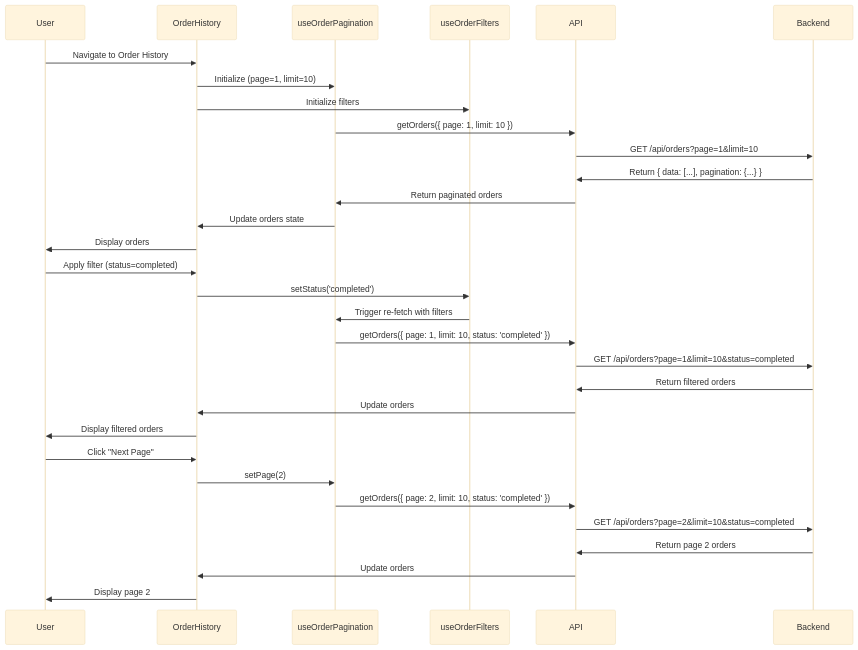
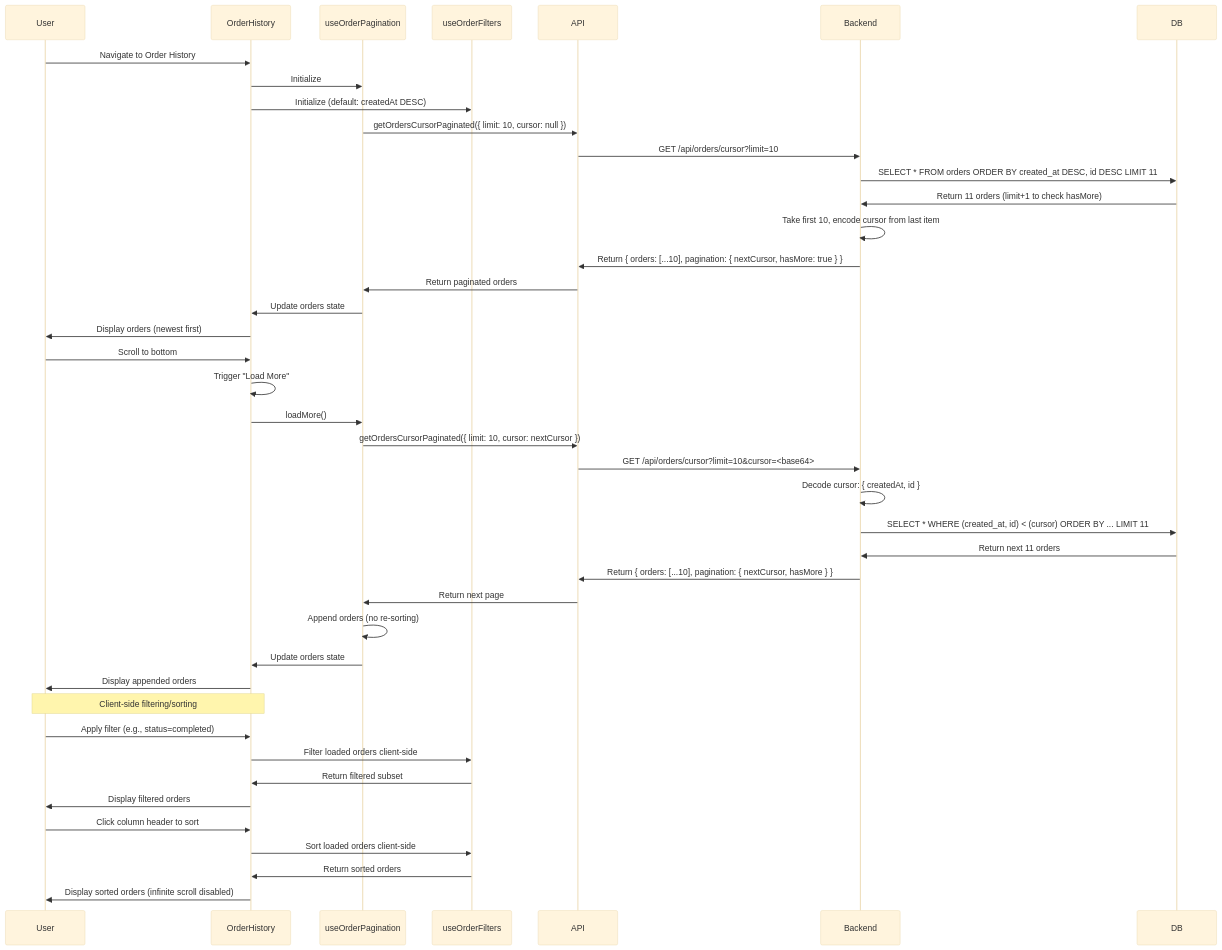
Before and after one commit to konarsubhojit/myapp: the fourth of 9 diagrams in docs/frontend.md, drawn with Mermaid (base theme). The commit also changed other lines of this file and 1 other file, not shown here.

First line of the commit message:
Update backend and frontend docs with cursor pagination details

````diff
--- a/docs/frontend.md
+++ b/docs/frontend.md
@@ -587,37 +633,49 @@
 ```mermaid
 sequenceDiagram
     participant User
     participant OrderHistory
     participant useOrderPagination
     participant useOrderFilters
     participant API
     participant Backend
+    participant DB
 
     User->>OrderHistory: Navigate to Order History
-    OrderHistory->>useOrderPagination: Initialize (page=1, limit=10)
-    OrderHistory->>useOrderFilters: Initialize filters
+    OrderHistory->>useOrderPagination: Initialize
+    OrderHistory->>useOrderFilters: Initialize (default: createdAt DESC)
     
-    useOrderPagination->>API: getOrders({ page: 1, limit: 10 })
-    API->>Backend: GET /api/orders?page=1&limit=10
-    Backend->>API: Return { data: [...], pagination: {...} }
+    useOrderPagination->>API: getOrdersCursorPaginated({ limit: 10, cursor: null })
+    API->>Backend: GET /api/orders/cursor?limit=10
+    Backend->>DB: SELECT * FROM orders ORDER BY created_at DESC, id DESC LIMIT 11
+    DB->>Backend: Return 11 orders (limit+1 to check hasMore)
+    Backend->>Backend: Take first 10, encode cursor from last item
+    Backend->>API: Return { orders: [...10], pagination: { nextCursor, hasMore: true } }
     API->>useOrderPagination: Return paginated orders
     useOrderPagination->>OrderHistory: Update orders state
-    OrderHistory->>User: Display orders
+    OrderHistory->>User: Display orders (newest first)
 
-    User->>OrderHistory: Apply filter (status=completed)
-    OrderHistory->>useOrderFilters: setStatus('completed')
-    useOrderFilters->>useOrderPagination: Trigger re-fetch with filters
-    useOrderPagination->>API: getOrders({ page: 1, limit: 10, status: 'completed' })
-    API->>Backend: GET /api/orders?page=1&limit=10&status=completed
-    Backend->>API: Return filtered orders
-    API->>OrderHistory: Update orders
+    User->>OrderHistory: Scroll to bottom
+    OrderHistory->>OrderHistory: Trigger "Load More"
+    OrderHistory->>useOrderPagination: loadMore()
+    useOrderPagination->>API: getOrdersCursorPaginated({ limit: 10, cursor: nextCursor })
+    API->>Backend: GET /api/orders/cursor?limit=10&cursor=<base64>
+    Backend->>Backend: Decode cursor: { createdAt, id }
+    Backend->>DB: SELECT * WHERE (created_at, id) < (cursor) ORDER BY ... LIMIT 11
+    DB->>Backend: Return next 11 orders
+    Backend->>API: Return { orders: [...10], pagination: { nextCursor, hasMore } }
+    API->>useOrderPagination: Return next page
+    useOrderPagination->>useOrderPagination: Append orders (no re-sorting)
+    useOrderPagination->>OrderHistory: Update orders state
+    OrderHistory->>User: Display appended orders
+
+    Note over User,OrderHistory: Client-side filtering/sorting
+    User->>OrderHistory: Apply filter (e.g., status=completed)
+    OrderHistory->>useOrderFilters: Filter loaded orders client-side
+    useOrderFilters->>OrderHistory: Return filtered subset
     OrderHistory->>User: Display filtered orders
-
-    User->>OrderHistory: Click "Next Page"
-    OrderHistory->>useOrderPagination: setPage(2)
-    useOrderPagination->>API: getOrders({ page: 2, limit: 10, status: 'completed' })
-    API->>Backend: GET /api/orders?page=2&limit=10&status=completed
-    Backend->>API: Return page 2 orders
-    API->>OrderHistory: Update orders
-    OrderHistory->>User: Display page 2
+    
+    User->>OrderHistory: Click column header to sort
+    OrderHistory->>useOrderFilters: Sort loaded orders client-side
+    useOrderFilters->>OrderHistory: Return sorted orders
+    OrderHistory->>User: Display sorted orders (infinite scroll disabled)
 ```
````
